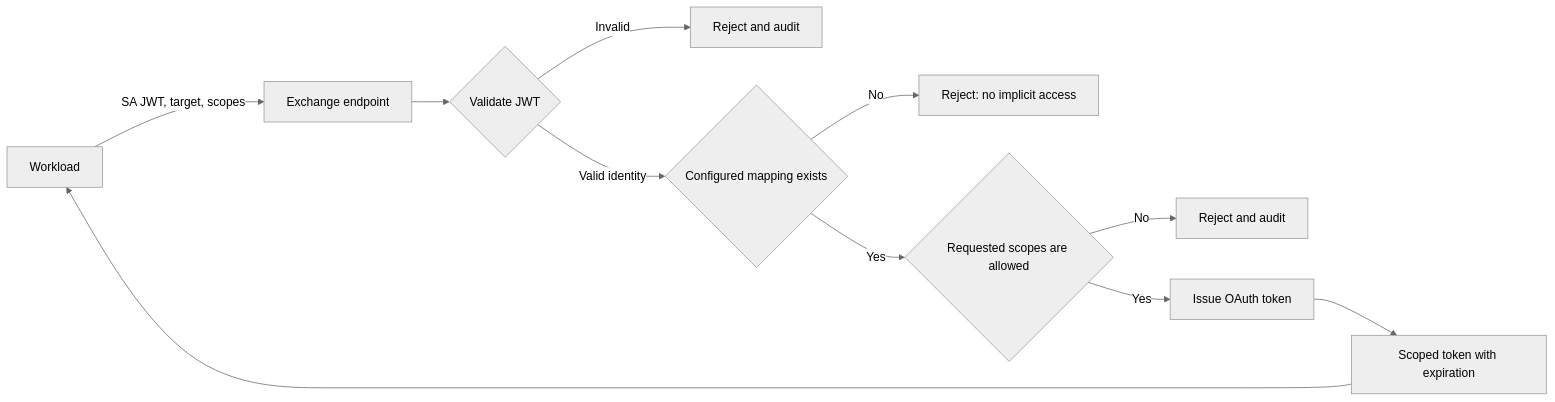
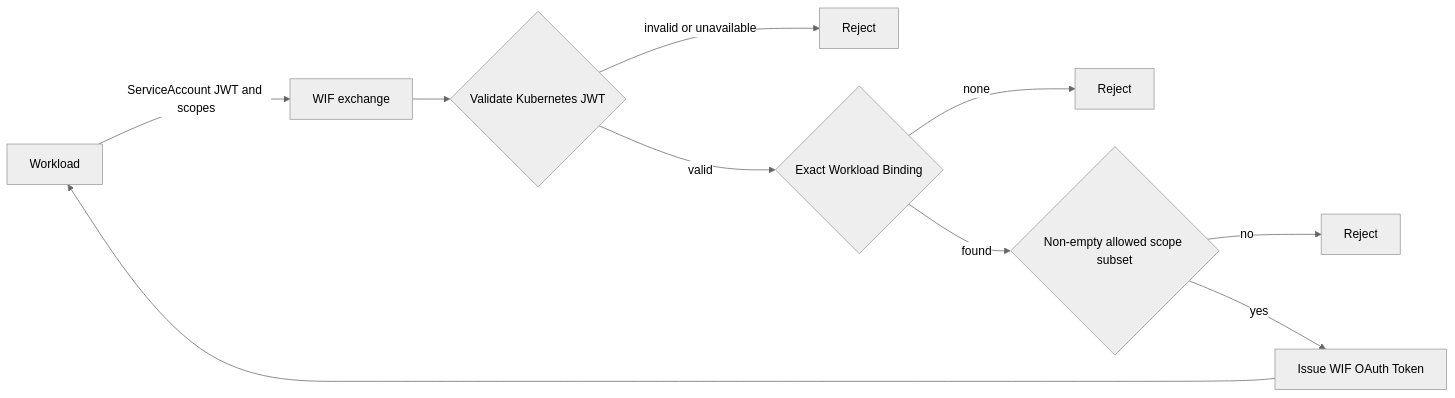
One commit to quay/enhancements changed the diagram in enhancements/workload-identity-authentication-for-quay-management-api.md. Above: the diagram before and after it, drawn with Mermaid (neutral theme). The commit also changed other lines of this file, not shown here.

Commit message:
changes for non-user ident wif

````diff
--- a/enhancements/workload-identity-authentication-for-quay-management-api.md
+++ b/enhancements/workload-identity-authentication-for-quay-management-api.md
@@ -60,13 +188,12 @@
 ```mermaid
 flowchart LR
-    W[Workload] -->|SA JWT, target, scopes| E[Exchange endpoint]
-    E --> V{Validate JWT}
-    V -->|Invalid| D1[Reject and audit]
-    V -->|Valid identity| M{Configured mapping exists}
-    M -->|No| D2[Reject: no implicit access]
-    M -->|Yes| S{Requested scopes are allowed}
-    S -->|No| D3[Reject and audit]
-    S -->|Yes| O[Issue OAuth token]
-    O --> R[Scoped token with expiration]
-    R --> W
+    W[Workload] -->|ServiceAccount JWT and scopes| E[WIF exchange]
+    E --> V{Validate Kubernetes JWT}
+    V -->|invalid or unavailable| R1[Reject]
+    V -->|valid| B{Exact Workload Binding}
+    B -->|none| R2[Reject]
+    B -->|found| S{Non-empty allowed scope subset}
+    S -->|no| R3[Reject]
+    S -->|yes| T[Issue WIF OAuth Token]
+    T --> W
 ```
````
